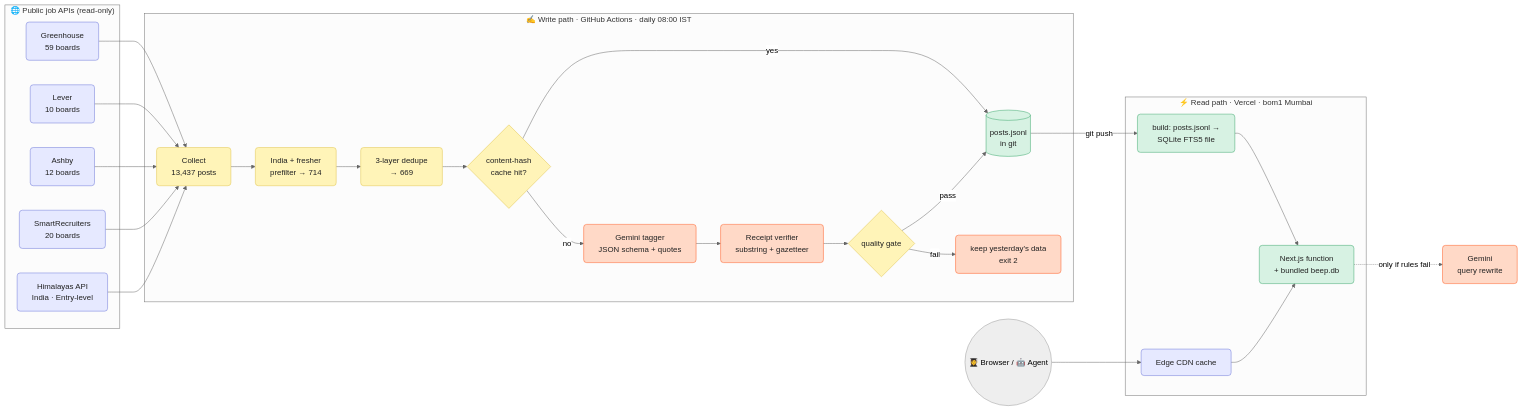
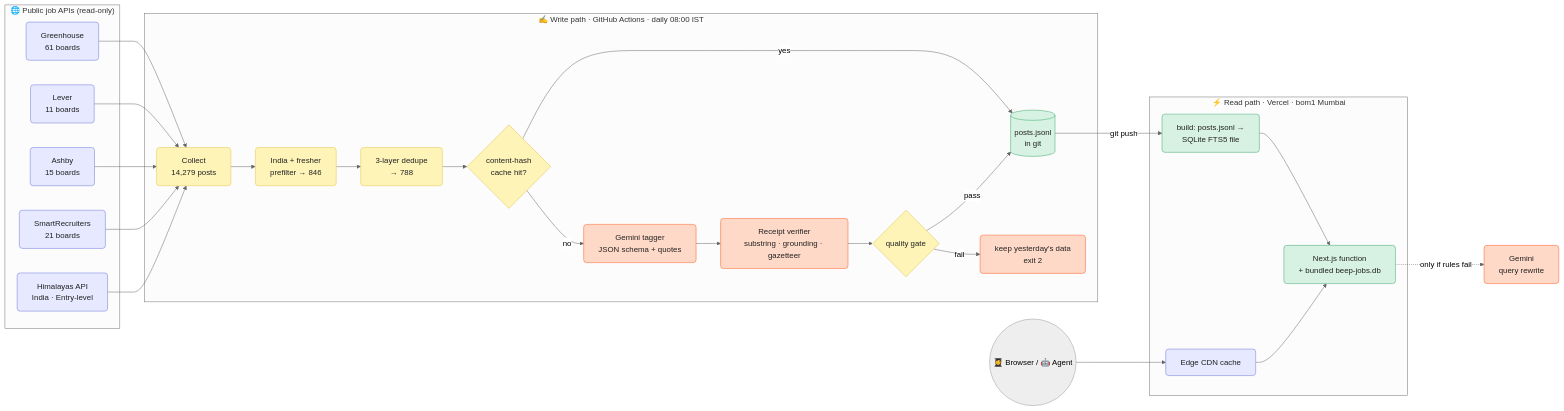
Before and after one commit to parikhrjt/beep_assignment: the first of 6 diagrams in README.md, drawn with Mermaid (neutral theme). The commit also changed other lines of this file and 37 other files, not shown here.

First line of the commit message:
feat: rename to beep-jobs, tagger v2 with a fresh 100-post holdout, light redesign

````diff
--- a/README.md
+++ b/README.md
@@ -78,38 +104,38 @@
 ```mermaid
 flowchart LR
   classDef sticky fill:#fff4b8,stroke:#e0c34a,color:#222,rx:6,ry:6
   classDef hot fill:#ffd9c7,stroke:#ff5a1f,color:#222,rx:6,ry:6
   classDef cool fill:#d7f2e3,stroke:#3aa66b,color:#222,rx:6,ry:6
   classDef ext fill:#e6e9ff,stroke:#6b75d9,color:#222,rx:6,ry:6
 
   subgraph SRC["🌐 Public job APIs (read-only)"]
-    GH[Greenhouse<br/>59 boards]:::ext
-    LV[Lever<br/>10 boards]:::ext
-    AS[Ashby<br/>12 boards]:::ext
-    SR[SmartRecruiters<br/>20 boards]:::ext
+    GH[Greenhouse<br/>61 boards]:::ext
+    LV[Lever<br/>11 boards]:::ext
+    AS[Ashby<br/>15 boards]:::ext
+    SR[SmartRecruiters<br/>21 boards]:::ext
     HM[Himalayas API<br/>India · Entry-level]:::ext
   end
 
   subgraph WRITE["✍️ Write path · GitHub Actions · daily 08:00 IST"]
-    C[Collect<br/>13,437 posts]:::sticky --> F[India + fresher<br/>prefilter → 714]:::sticky
-    F --> D[3-layer dedupe<br/>→ 669]:::sticky
+    C[Collect<br/>14,279 posts]:::sticky --> F[India + fresher<br/>prefilter → 846]:::sticky
+    F --> D[3-layer dedupe<br/>→ 788]:::sticky
     D --> K{content-hash<br/>cache hit?}:::sticky
     K -- yes --> P
     K -- no --> T[Gemini tagger<br/>JSON schema + quotes]:::hot
-    T --> V[Receipt verifier<br/>substring + gazetteer]:::hot
+    T --> V[Receipt verifier<br/>substring · grounding · gazetteer]:::hot
     V --> G{quality gate}:::sticky
     G -- pass --> P[(posts.jsonl<br/>in git)]:::cool
     G -- fail --> X[keep yesterday's data<br/>exit 2]:::hot
   end
 
   subgraph READ["⚡ Read path · Vercel · bom1 Mumbai"]
     B[build: posts.jsonl →<br/>SQLite FTS5 file]:::cool
     CDN[Edge CDN cache]:::ext
-    FN[Next.js function<br/>+ bundled beep.db]:::cool
+    FN[Next.js function<br/>+ bundled beep-jobs.db]:::cool
   end
 
   GH & LV & AS & SR & HM --> C
   P -- git push --> B --> FN
   U((👩‍🎓 Browser / 🤖 Agent)) --> CDN --> FN
   FN -. only if rules fail .-> GEM[Gemini<br/>query rewrite]:::hot
 ```
````
